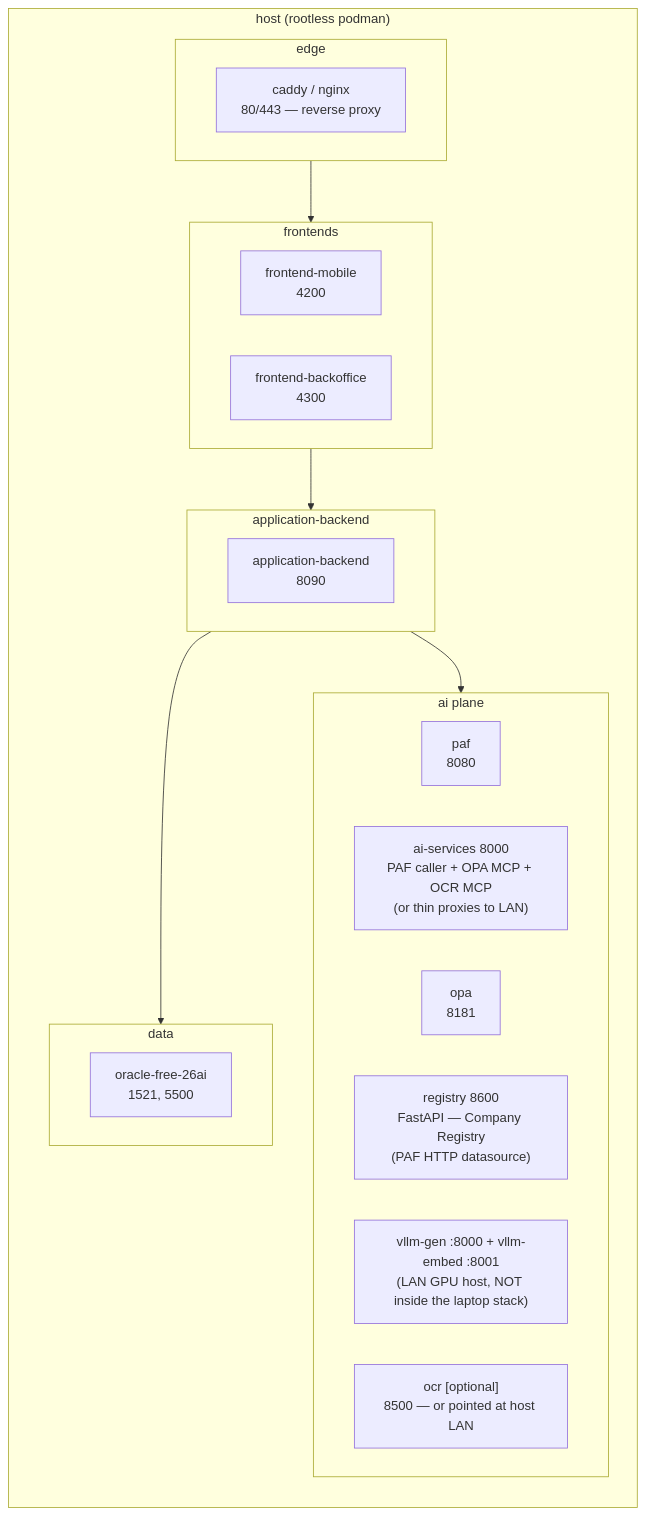
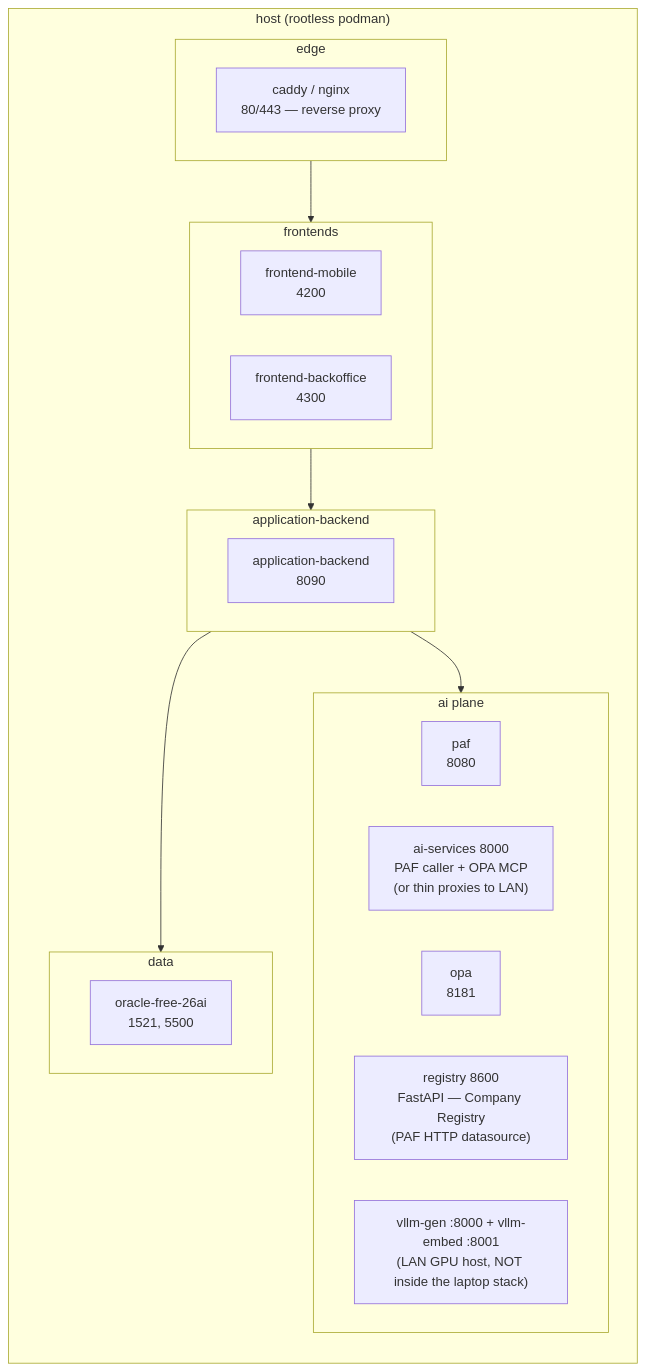
One commit to vmleon/oracle-database-private-agent-factory-poc changed the first of 2 diagrams in docs/DEPLOYMENT.md. Above: the diagram before and after it, drawn with Mermaid. The commit also changed other lines of this file and 10 other files, not shown here.

````diff
--- a/docs/DEPLOYMENT.md
+++ b/docs/DEPLOYMENT.md
@@ -58,31 +57,30 @@
 ```mermaid
 flowchart TB
     subgraph host["host (rootless podman)"]
         direction TB
         subgraph edge["edge"]
             proxy["caddy / nginx<br/>80/443 — reverse proxy"]
         end
         subgraph frontends["frontends"]
             mobile["frontend-mobile<br/>4200"]
             backoffice["frontend-backoffice<br/>4300"]
         end
         subgraph backendgrp["application-backend"]
             backend["application-backend<br/>8090"]
         end
         subgraph aiplane["ai plane"]
             paf["paf<br/>8080"]
-            ai["ai-services 8000<br/>PAF caller + OPA MCP + OCR MCP<br/>(or thin proxies to LAN)"]
+            ai["ai-services 8000<br/>PAF caller + OPA MCP<br/>(or thin proxies to LAN)"]
             opa["opa<br/>8181"]
             registry["registry 8600<br/>FastAPI — Company Registry<br/>(PAF HTTP datasource)"]
             vllm["vllm-gen :8000 + vllm-embed :8001<br/>(LAN GPU host, NOT inside the laptop stack)"]
-            ocr["ocr [optional]<br/>8500 — or pointed at host LAN"]
         end
         subgraph data["data"]
             oracle["oracle-free-26ai<br/>1521, 5500"]
         end
         edge --> frontends
         frontends --> backendgrp
         backendgrp --> aiplane
         backendgrp --> data
     end
 ```
````
